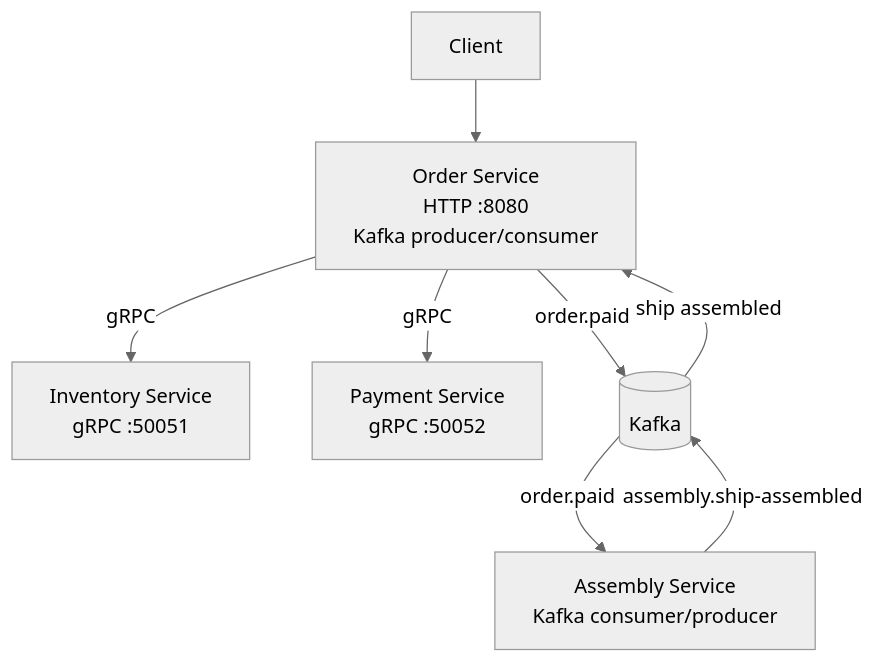
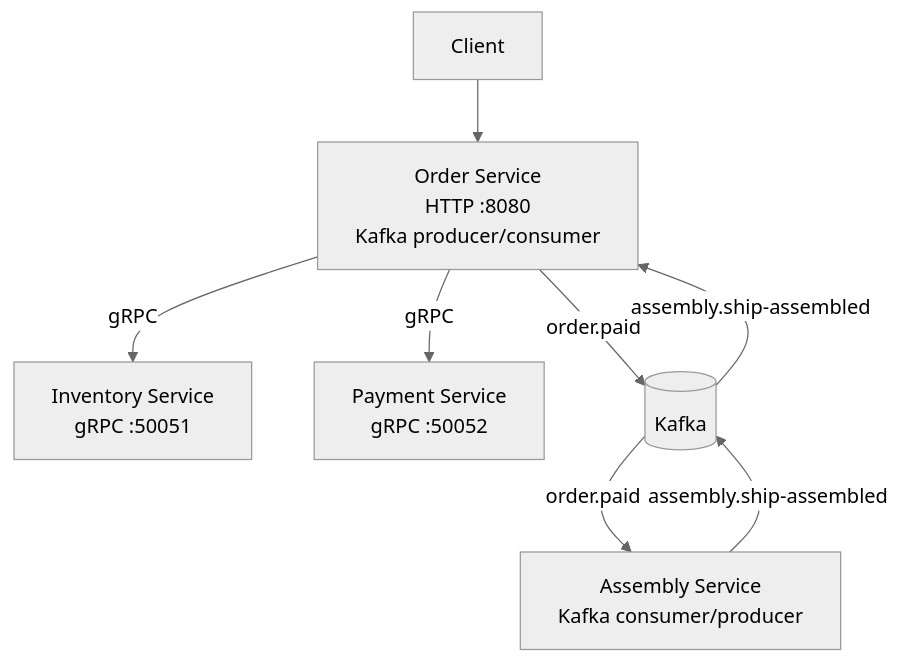
One commit to krapagen/my_microservices_rocket changed the diagram in README.md. Above: the diagram before and after it, drawn with Mermaid (neutral theme).

Commit message:
Fix Kafka event routing in README

````diff
--- a/README.md
+++ b/README.md
@@ -18,17 +18,17 @@
 ```mermaid
 flowchart TB
     client[Client]
     order[Order Service\nHTTP :8080\nKafka producer/consumer]
     inventory[Inventory Service\ngRPC :50051]
     payment[Payment Service\ngRPC :50052]
     kafka[(Kafka)]
     assembly[Assembly Service\nKafka consumer/producer]
 
     client --> order
     order -->|gRPC| inventory
     order -->|gRPC| payment
     order -->|order.paid| kafka
     kafka -->|order.paid| assembly
     assembly -->|assembly.ship-assembled| kafka
-    kafka -->|ship assembled| order
+    kafka -->|assembly.ship-assembled| order
 ```
````
